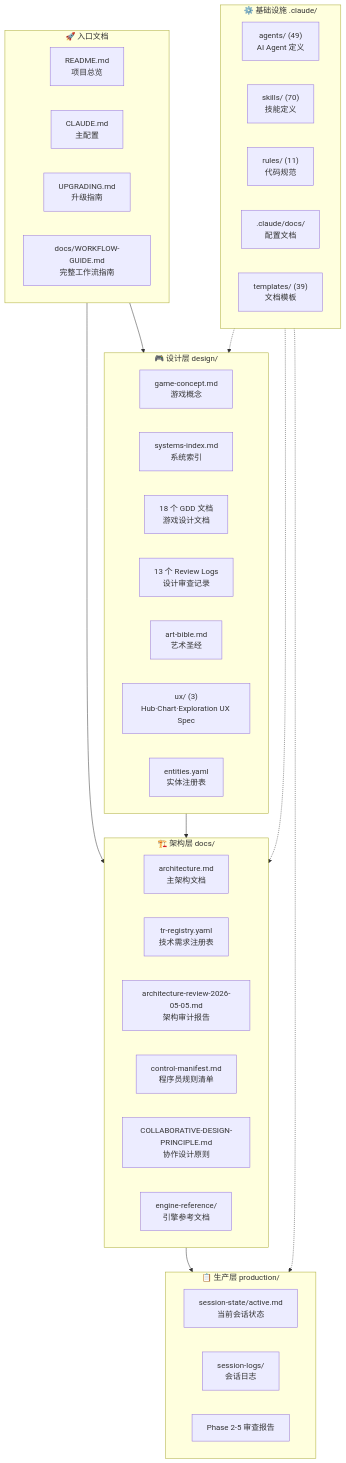
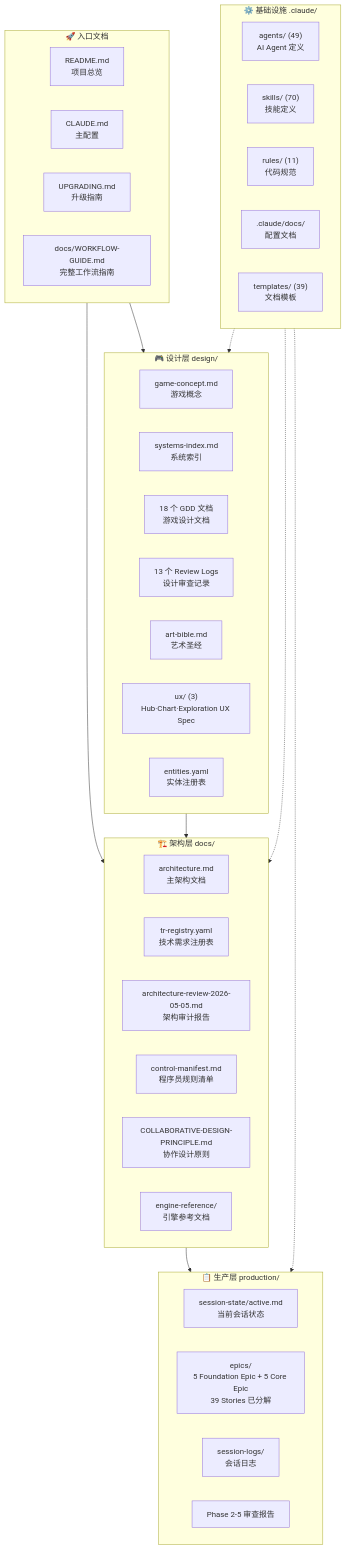
One commit to lieinsay/Claude-Code-Game-Studios changed the first of 11 diagrams in docs/document-index.md. Above: the diagram before and after it, drawn with Mermaid. The commit also changed other lines of this file, not shown here.

First line of the commit message:
更新 document-index.md — P3 进度 + Foundation 层 Epic/Story 框架

````diff
--- a/docs/document-index.md
+++ b/docs/document-index.md
@@ -13,50 +14,51 @@
 ```mermaid
 graph TB
     subgraph 入口["🚀 入口文档"]
         README["README.md<br/>项目总览"]
         CLAUDE["CLAUDE.md<br/>主配置"]
         UPGRADING["UPGRADING.md<br/>升级指南"]
         WORKFLOW["docs/WORKFLOW-GUIDE.md<br/>完整工作流指南"]
     end
 
     subgraph 设计["🎮 设计层 design/"]
         CONCEPT["game-concept.md<br/>游戏概念"]
         SYSIDX["systems-index.md<br/>系统索引"]
         GDD["18 个 GDD 文档<br/>游戏设计文档"]
         REVIEWS["13 个 Review Logs<br/>设计审查记录"]
         ART["art-bible.md<br/>艺术圣经"]
         UX["ux/ (3)<br/>Hub·Chart·Exploration UX Spec"]
         REGISTRY["entities.yaml<br/>实体注册表"]
     end
 
     subgraph 架构["🏗️ 架构层 docs/"]
         ARCH["architecture.md<br/>主架构文档"]
         TR["tr-registry.yaml<br/>技术需求注册表"]
         ADRREV["architecture-review-2026-05-05.md<br/>架构审计报告"]
         CM["control-manifest.md<br/>程序员规则清单"]
         COLLAB["COLLABORATIVE-DESIGN-PRINCIPLE.md<br/>协作设计原则"]
         ENGINE["engine-reference/<br/>引擎参考文档"]
     end
 
     subgraph 生产["📋 生产层 production/"]
         ACTIVE["session-state/active.md<br/>当前会话状态"]
+        EPICS["epics/<br/>5 Foundation Epic + 5 Core Epic<br/>39 Stories 已分解"]
         LOGS["session-logs/<br/>会话日志"]
         PHASES["Phase 2-5 审查报告"]
     end
 
     subgraph 基础设施["⚙️ 基础设施 .claude/"]
         AGENTS["agents/ (49)<br/>AI Agent 定义"]
         SKILLS["skills/ (70)<br/>技能定义"]
         RULES["rules/ (11)<br/>代码规范"]
         DOCS[".claude/docs/<br/>配置文档"]
         TEMPLATES["templates/ (39)<br/>文档模板"]
     end
 
     入口 --> 设计
     入口 --> 架构
     设计 --> 架构
     架构 --> 生产
     基础设施 -.-> 设计
     基础设施 -.-> 架构
     基础设施 -.-> 生产
 ```
````
